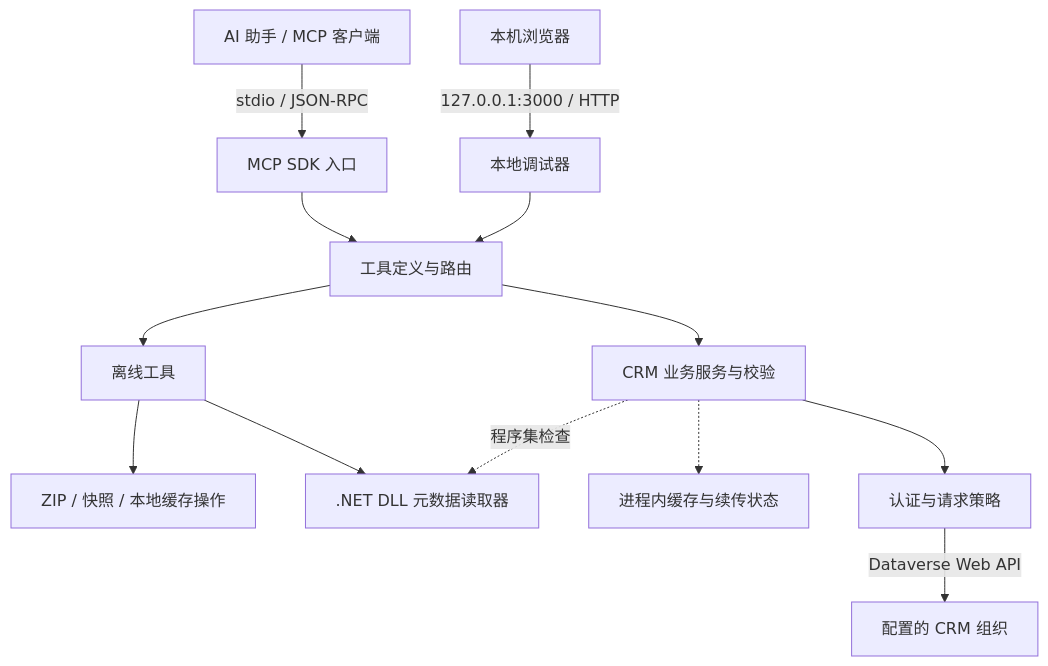
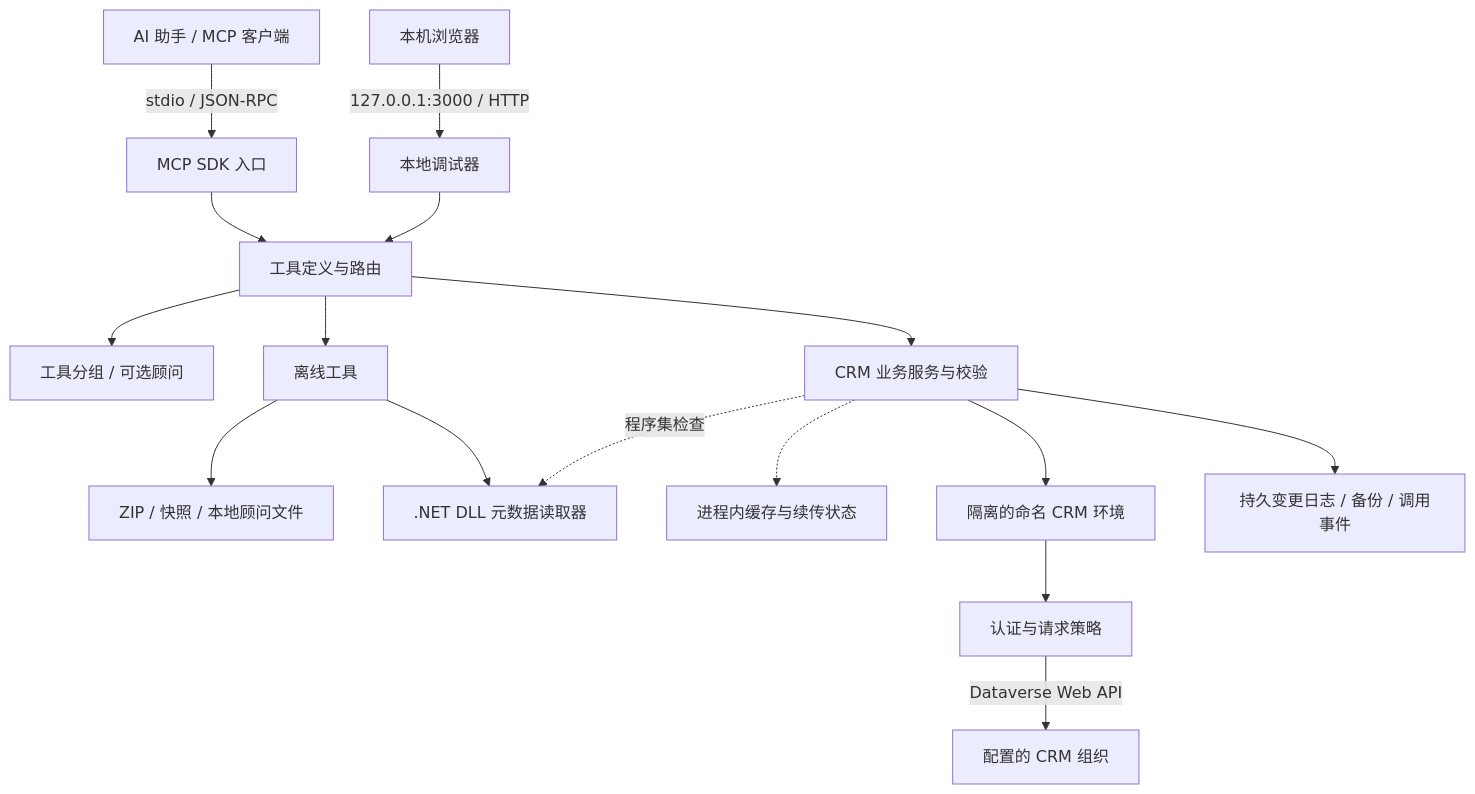
The first of 5 diagrams in README.zh-CN.md (Kenny-666/Dynamics365-mcp-server), drawn with Mermaid before and after one commit. The commit also changed other lines of this file and 4 other files, not shown here.

````diff
--- a/README.zh-CN.md
+++ b/README.zh-CN.md
@@ -80,15 +101,18 @@
 ```mermaid
 flowchart TB
     Client["AI 助手 / MCP 客户端"] -->|"stdio / JSON-RPC"| MCP["MCP SDK 入口"]
     Browser["本机浏览器"] -->|"127.0.0.1:3000 / HTTP"| Debug["本地调试器"]
     MCP --> Router["工具定义与路由"]
     Debug --> Router
+    Router --> Groups["工具分组 / 可选顾问"]
     Router --> Local["离线工具"]
     Router --> Services["CRM 业务服务与校验"]
-    Local --> Files["ZIP / 快照 / 本地缓存操作"]
+    Local --> Files["ZIP / 快照 / 本地顾问文件"]
     Local --> Reader[".NET DLL 元数据读取器"]
     Services -.->|"程序集检查"| Reader
     Services -.-> State["进程内缓存与续传状态"]
-    Services --> Auth["认证与请求策略"]
+    Services --> Profiles["隔离的命名 CRM 环境"]
+    Services --> Journal["持久变更日志 / 备份 / 调用事件"]
+    Profiles --> Auth["认证与请求策略"]
     Auth -->|"Dataverse Web API"| CRM["配置的 CRM 组织"]
 ```
````
